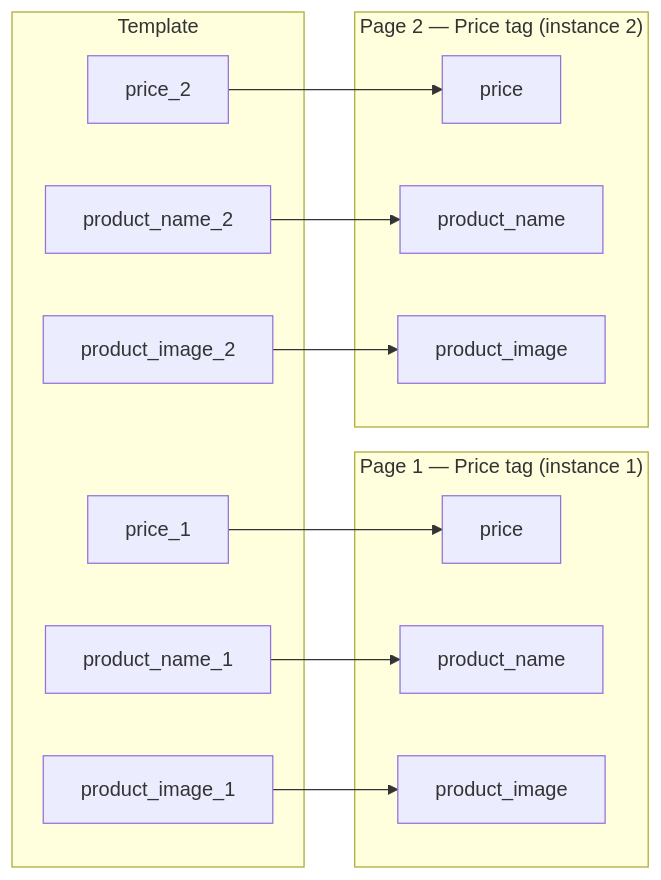
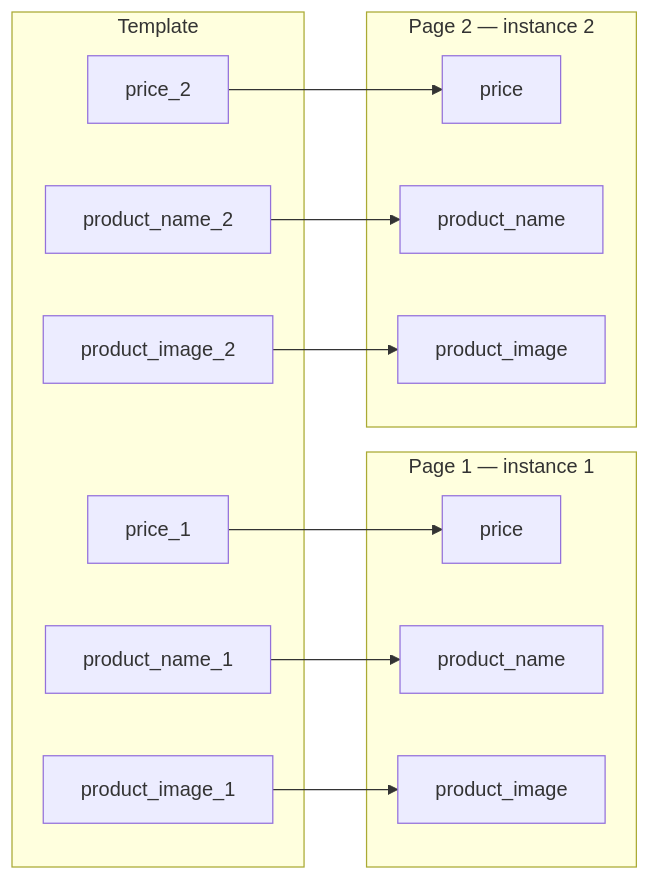
The third of 5 diagrams in docs/GraFx-Studio/concepts/component-mapping/index.md (chili-publish/grafx-documentation), drawn with Mermaid before and after one commit. The commit also changed other lines of this file, not shown here.

First line of the commit message:
Rewrite component mapping concept page: scenario-driven, designer-first

````diff
--- a/docs/GraFx-Studio/concepts/component-mapping/index.md
+++ b/docs/GraFx-Studio/concepts/component-mapping/index.md
@@ -99,27 +107,27 @@
-```mermaid
-flowchart LR
-    subgraph Template
-        T1["price_1"]
-        T2["product_name_1"]
-        T3["product_image_1"]
-        T4["price_2"]
-        T5["product_name_2"]
-        T6["product_image_2"]
-    end
-    subgraph "Page 1 — Price tag (instance 1)"
-        C1A["price"]
-        C2A["product_name"]
-        C3A["product_image"]
-    end
-    subgraph "Page 2 — Price tag (instance 2)"
-        C1B["price"]
-        C2B["product_name"]
-        C3B["product_image"]
-    end
-    T1 --> C1A
-    T2 --> C2A
-    T3 --> C3A
-    T4 --> C1B
-    T5 --> C2B
-    T6 --> C3B
-```
+    ```mermaid
+    flowchart LR
+        subgraph Template
+            T1["price_1"]
+            T2["product_name_1"]
+            T3["product_image_1"]
+            T4["price_2"]
+            T5["product_name_2"]
+            T6["product_image_2"]
+        end
+        subgraph "Page 1 — instance 1"
+            C1A["price"]
+            C2A["product_name"]
+            C3A["product_image"]
+        end
+        subgraph "Page 2 — instance 2"
+            C1B["price"]
+            C2B["product_name"]
+            C3B["product_image"]
+        end
+        T1 --> C1A
+        T2 --> C2A
+        T3 --> C3A
+        T4 --> C1B
+        T5 --> C2B
+        T6 --> C3B
+    ```
````
